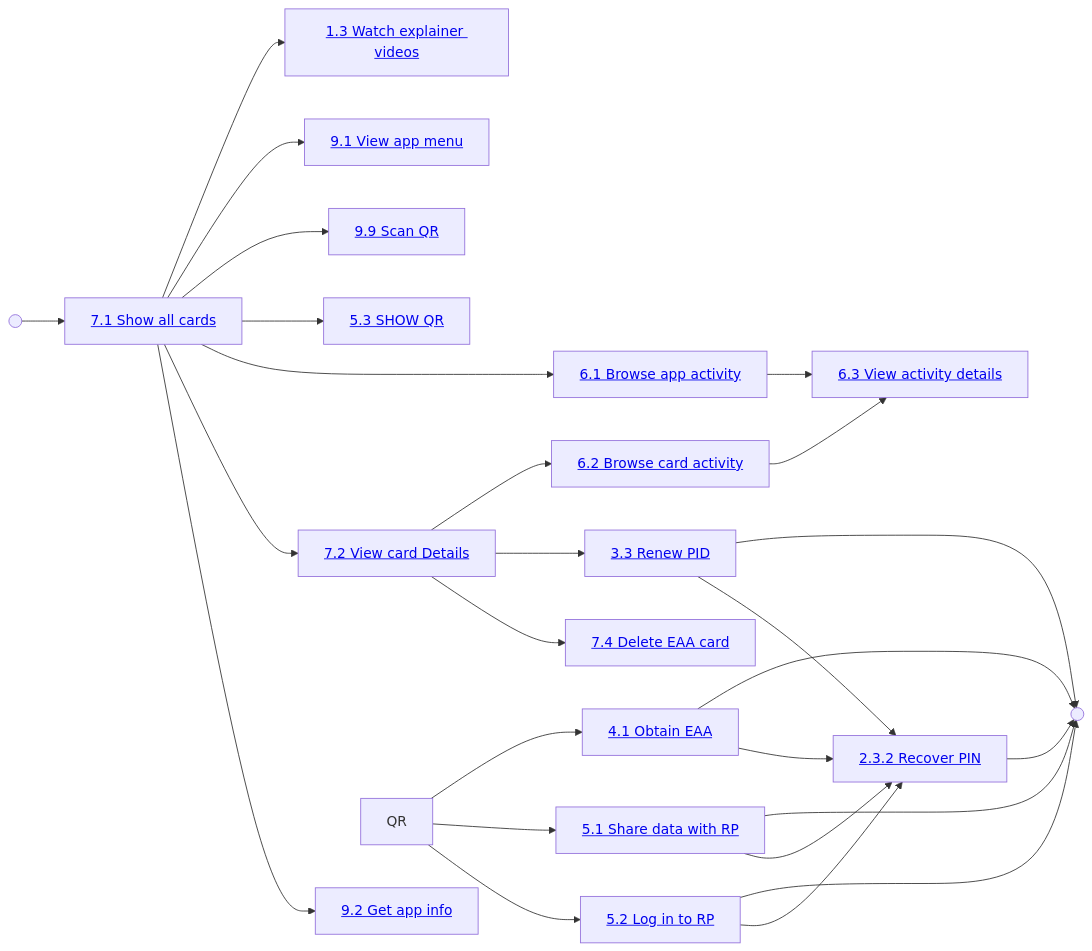
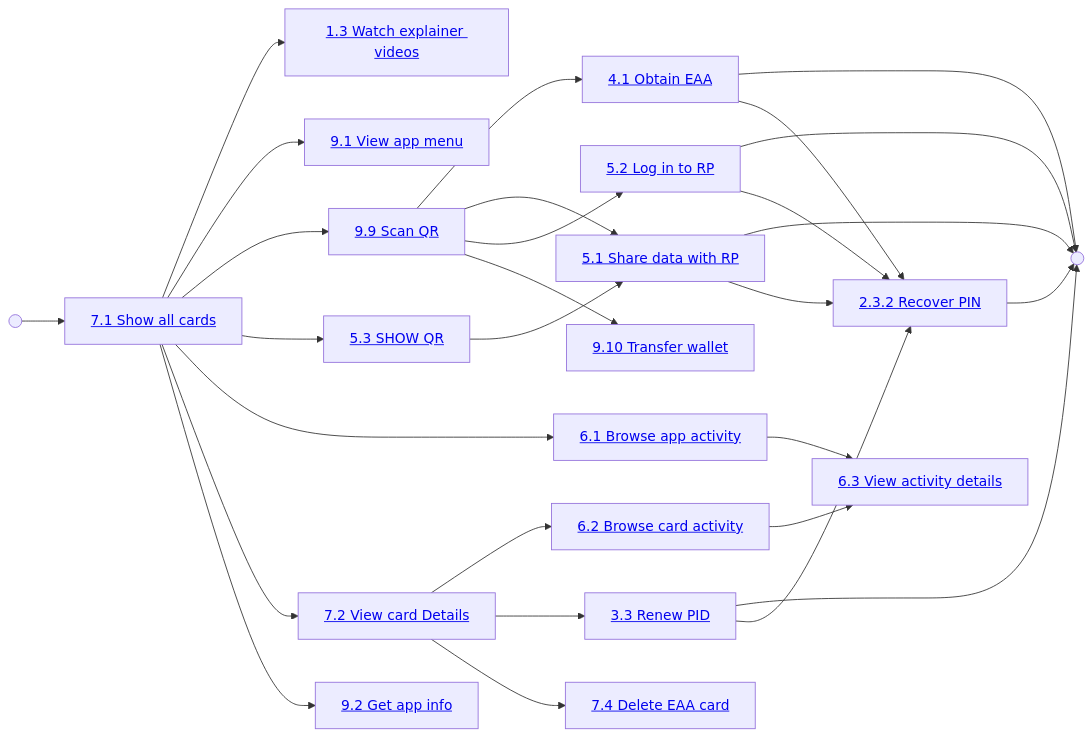
One commit to MinBZK/nl-wallet changed the second of 3 diagrams in wallet_docs/functional-design/use-case-overview.md. Above: the diagram before and after it, drawn with Mermaid. The commit also changed other lines of this file and 8 other files, not shown here.

````diff
--- a/wallet_docs/functional-design/use-case-overview.md
+++ b/wallet_docs/functional-design/use-case-overview.md
@@ -61,64 +61,68 @@
 ```{mermaid}
 flowchart LR
 START((" "))
 END((" "))
 APP_TOUR["<a href='use-cases/UC1.3_AppTour.html'>1.3 Watch explainer videos</a>"]
 
 OBTAIN_CARDS["<a href='use-cases/UC4.1_ObtainCardsFromEAAIssuer.html'>4.1 Obtain EAA</a>"]
 
 SHARE["<a href='use-cases/UC5.1_ShareDataWithRP.html'>5.1 Share data with RP</a>"]
 LOGIN["<a href='use-cases/UC5.2_LoginToApplicationOfRP.html'>5.2 Log in to RP</a>"]
 
 ALL_HISTORY["<a href='use-cases/UC6.1_ShowCompleteUsageAndManagementHistory.html'>6.1 Browse app activity</a>"]
 CARD_HISTORY["<a href='use-cases/UC6.2_ShowUsageAndManagementHistoryOfCard.html'>6.2 Browse card activity</a>"]
 HISTORY_EVENT["<a href='use-cases/UC6.3_ShowHistoryEvent.html'>6.3 View activity details</a>"]
 
 ALL_CARDS["<a href='use-cases/UC7.1_ShowAllAvailableCards.html'>7.1 Show all cards</a>"]
 CARD["<a href='use-cases/UC7.2_ShowCardDetails.html'>7.2 View card Details</a>"]
 
 MENU["<a href='use-cases/UC9.1_ShowAppMenu.html'>9.1 View app menu</a>"]
 APP_INFO["<a href='use-cases/UC9.2_GetAppInformation.html'>9.2 Get app info</a>"]
 SCAN_QR["<a href='use-cases/UC9.9_ScanQR.html'>9.9 Scan QR</a>"]
 SHOW_QR["<a href='use-cases/UC5.3_ShowQR.html'>5.3 SHOW QR</a>"]
+TRANSFER["<a href='use-cases/UC9.10_TransferWallet.html'>9.10 Transfer wallet</a>"]
 
 RECOVER_PIN["<a href='use-cases/UC2.3.2_RecoverPIN.html'>2.3.2 Recover PIN</a>"]
 RENEW_PID["<a href='use-cases/UC3.2_RenewPid.html'>3.3 Renew PID</a>"]
 DELETE_CARD["<a href='use-cases/UC7.4_DeleteEAACard.html'>7.4 Delete EAA card</a>"]
 
 START --> ALL_CARDS
 
 ALL_CARDS --> APP_TOUR
 ALL_CARDS --> MENU
 ALL_CARDS --> SCAN_QR
 ALL_CARDS --> SHOW_QR
 ALL_CARDS --> ALL_HISTORY
 ALL_CARDS --> CARD
 ALL_CARDS --> APP_INFO
 
 OBTAIN_CARDS --> END
 OBTAIN_CARDS --> RECOVER_PIN
 
 SHARE --> END
 SHARE --> RECOVER_PIN
 
 LOGIN --> END
 LOGIN --> RECOVER_PIN
 
 RECOVER_PIN --> END
 
-QR --> OBTAIN_CARDS
-QR --> SHARE
-QR --> LOGIN
+SCAN_QR --> OBTAIN_CARDS
+SCAN_QR --> SHARE
+SCAN_QR --> LOGIN
+SCAN_QR --> TRANSFER
+
+SHOW_QR --> SHARE
 
 ALL_HISTORY --> HISTORY_EVENT
 
 CARD_HISTORY --> HISTORY_EVENT
 
 CARD --> CARD_HISTORY
 CARD --> RENEW_PID
 CARD --> DELETE_CARD
 
 RENEW_PID --> END
 RENEW_PID --> RECOVER_PIN
 
 ```
````
